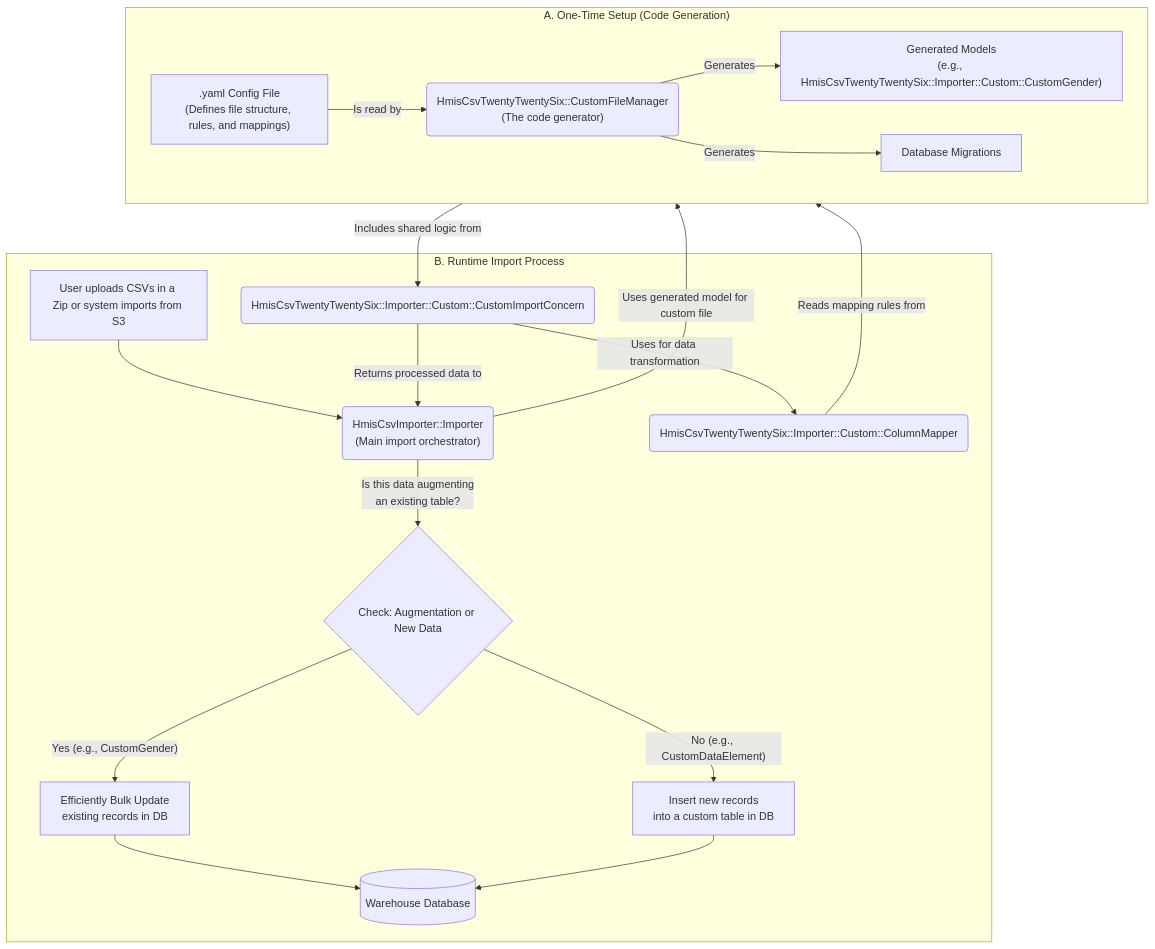
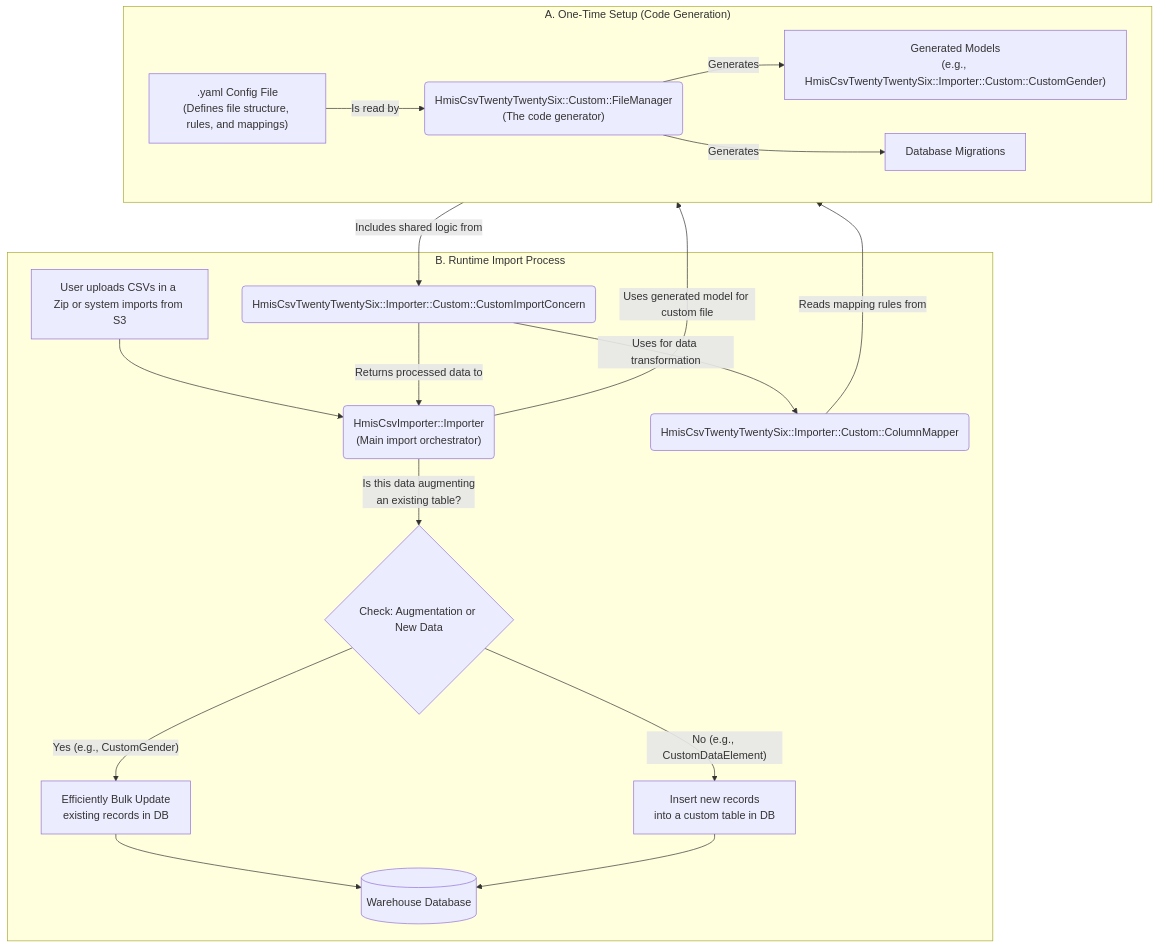
Before and after one commit to greenriver/hmis-warehouse: the diagram in drivers/hmis_csv_twenty_twenty_six/README.md, drawn with Mermaid. The commit also changed other lines of this file and 24 other files, not shown here.

````diff
--- a/drivers/hmis_csv_twenty_twenty_six/README.md
+++ b/drivers/hmis_csv_twenty_twenty_six/README.md
@@ -75,37 +75,37 @@
 ```mermaid
 
 graph TD
     subgraph "A. One-Time Setup (Code Generation)"
         direction LR
-        YAML[".yaml Config File<br/>(Defines file structure, rules, and mappings)"] -- "Is read by" --> CFM("HmisCsvTwentyTwentySix::CustomFileManager<br/>(The code generator)")
+        YAML[".yaml Config File<br/>(Defines file structure, rules, and mappings)"] -- "Is read by" --> CFM("HmisCsvTwentyTwentySix::Custom::FileManager<br/>(The code generator)")
         CFM -- "Generates" --> GenModels["Generated Models<br/>(e.g., HmisCsvTwentyTwentySix::Importer::Custom::CustomGender)"]
         CFM -- "Generates" --> Migrations["Database Migrations"]
     end
 
     subgraph "B. Runtime Import Process"
         Upload["User uploads CSVs in a Zip or system imports from S3"] --> Importer("HmisCsvImporter::Importer<br/>(Main import orchestrator)")
 
         Importer -- "Uses generated model for custom file" --> GenModels
 
         GenModels -- "Includes shared logic from" --> CIC("HmisCsvTwentyTwentySix::Importer::Custom::CustomImportConcern")
 
         CIC -- "Uses for data transformation" --> CM("HmisCsvTwentyTwentySix::Importer::Custom::ColumnMapper")
 
         CM -- "Reads mapping rules from" --> YAML
 
         CIC -- "Returns processed data to" --> Importer
 
         Importer -- "Is this data augmenting<br/>an existing table?" --> Decision{"Check: Augmentation or New Data"}
 
         Decision -- "Yes (e.g., CustomGender)" --> BulkUpdate["Efficiently Bulk Update<br/>existing records in DB"]
         Decision -- "No (e.g., CustomDataElement)" --> Insert["Insert new records<br/>into a custom table in DB"]
 
         BulkUpdate --> DB[("Warehouse Database")]
         Insert --> DB
     end
 
 
     class YAML config
     class CFM,Importer,CIC,CM process
     class GenModels,Migrations,Upload,Decision,BulkUpdate,Insert,DB component
 ```
````
